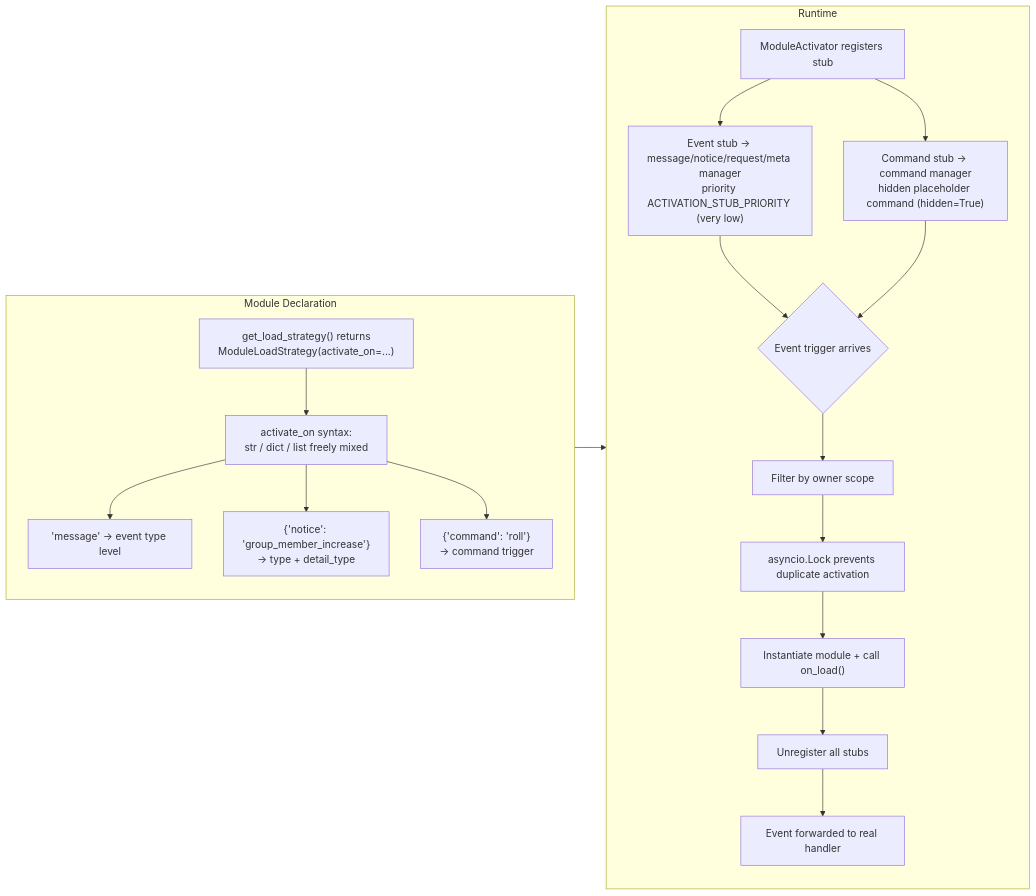
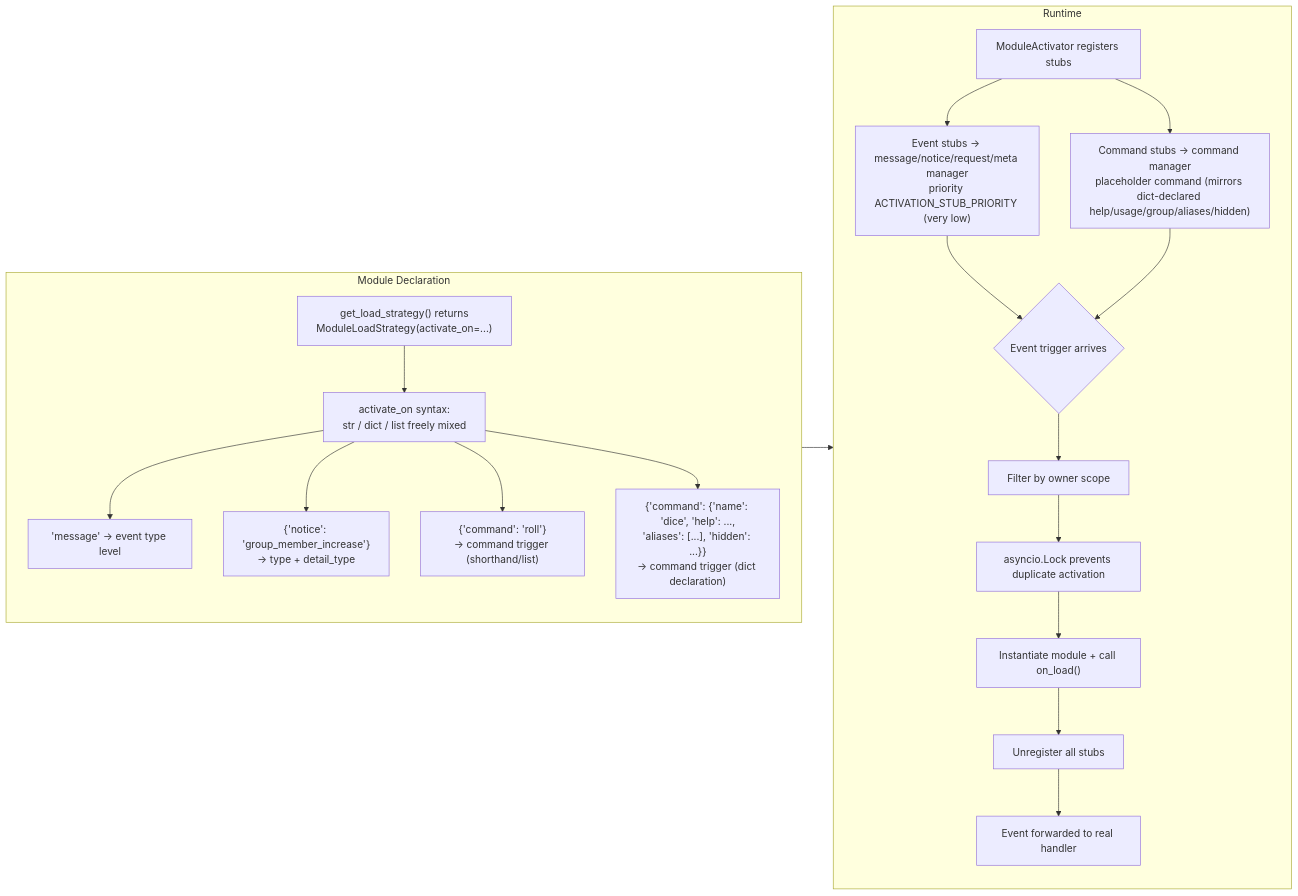
Before and after one commit to ErisPulse/ErisPulse: the sixth of 8 diagrams in docs/en/architecture.md, drawn with Mermaid. The commit also changed other lines of this file and 127 other files, not shown here.

````diff
--- a/docs/en/architecture.md
+++ b/docs/en/architecture.md
@@ -204,23 +181,24 @@
 ```mermaid
 flowchart LR
     subgraph Declare["Module Declaration"]
         S1["get_load_strategy() returns<br/>ModuleLoadStrategy(activate_on=...)"] --> S2["activate_on syntax:<br/>str / dict / list freely mixed"]
         S2 --> S2a["'message' → event type level"]
         S2 --> S2b["{'notice': 'group_member_increase'}<br/>→ type + detail_type"]
-        S2 --> S2c["{'command': 'roll'}<br/>→ command trigger"]
+        S2 --> S2c["{'command': 'roll'}<br/>→ command trigger (shorthand/list)"]
+        S2 --> S2d["{'command': {'name': 'dice', 'help': ...,<br/>'aliases': [...], 'hidden': ...}}<br/>→ command trigger (dict declaration)"]
     end
 
     subgraph Runtime["Runtime"]
-        R1["ModuleActivator registers stub"] --> R1a["Event stub → message/notice/request/meta manager<br/>priority ACTIVATION_STUB_PRIORITY (very low)"]
-        R1 --> R1b["Command stub → command manager<br/>hidden placeholder command (hidden=True)"]
+        R1["ModuleActivator registers stubs"] --> R1a["Event stubs → message/notice/request/meta manager<br/>priority ACTIVATION_STUB_PRIORITY (very low)"]
+        R1 --> R1b["Command stubs → command manager<br/>placeholder command (mirrors dict-declared help/usage/group/aliases/hidden)"]
         R1a --> R2{"Event trigger arrives"}
         R1b --> R2
         R2 --> R3["Filter by owner scope"]
         R3 --> R4["asyncio.Lock prevents duplicate activation"]
         R4 --> R5["Instantiate module + call on_load()"]
         R5 --> R6["Unregister all stubs"]
         R6 --> R7["Event forwarded to real handler"]
     end
 
     Declare --> Runtime
 ```
````
